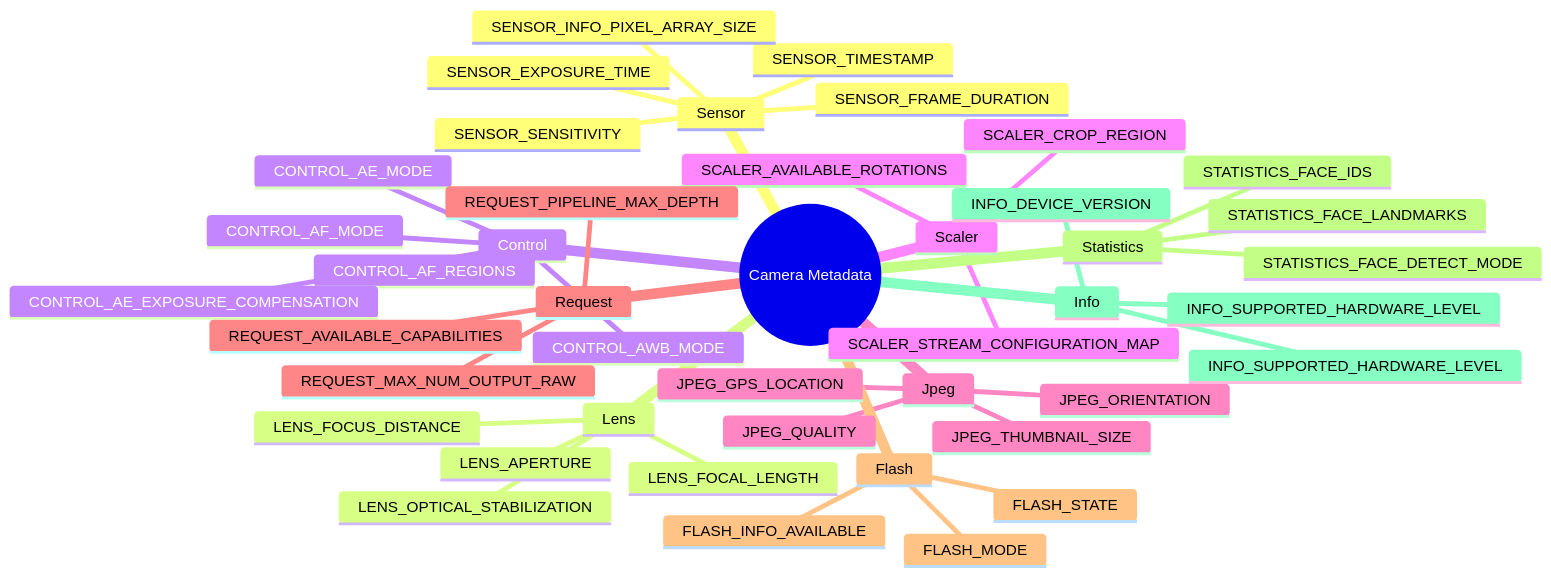
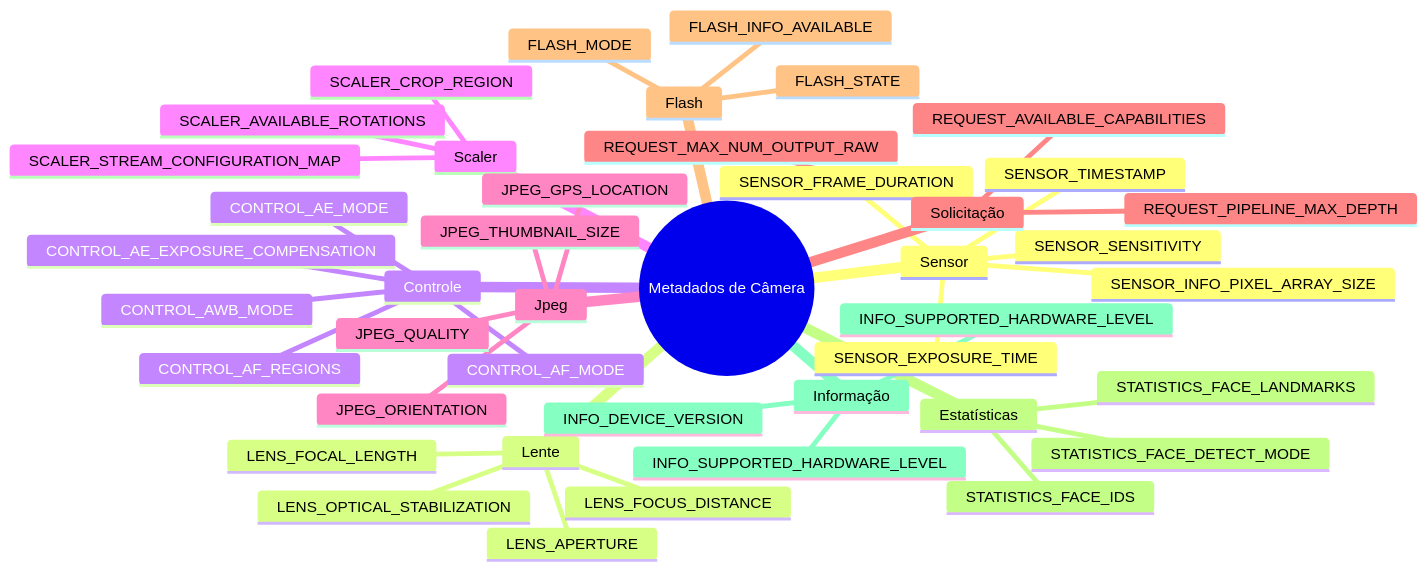
The third of 3 diagrams in website/i18n/pt-BR/docusaurus-plugin-content-docs/current/camera2/cameracharacteristics-deep-dive.md (zoozooll/AndroidCameraParameters), drawn with Mermaid before and after one commit. The commit also changed other lines of this file and 378 other files, not shown here.

````diff
--- a/website/i18n/pt-BR/docusaurus-plugin-content-docs/current/camera2/cameracharacteristics-deep-dive.md
+++ b/website/i18n/pt-BR/docusaurus-plugin-content-docs/current/camera2/cameracharacteristics-deep-dive.md
@@ -294,46 +294,46 @@
 ```mermaid
 mindmap
-  root((Camera Metadata))
+  root((Metadados de Câmera))
     Sensor
       SENSOR_EXPOSURE_TIME
       SENSOR_SENSITIVITY
       SENSOR_FRAME_DURATION
       SENSOR_TIMESTAMP
       SENSOR_INFO_PIXEL_ARRAY_SIZE
-    Lens
+    Lente
       LENS_FOCUS_DISTANCE
       LENS_APERTURE
       LENS_FOCAL_LENGTH
       LENS_OPTICAL_STABILIZATION
-    Control
+    Controle
       CONTROL_AF_MODE
       CONTROL_AE_MODE
       CONTROL_AWB_MODE
       CONTROL_AF_REGIONS
       CONTROL_AE_EXPOSURE_COMPENSATION
     Scaler
       SCALER_CROP_REGION
       SCALER_STREAM_CONFIGURATION_MAP
       SCALER_AVAILABLE_ROTATIONS
     Jpeg
       JPEG_QUALITY
       JPEG_ORIENTATION
       JPEG_GPS_LOCATION
       JPEG_THUMBNAIL_SIZE
-    Request
+    Solicitação
       REQUEST_AVAILABLE_CAPABILITIES
       REQUEST_PIPELINE_MAX_DEPTH
       REQUEST_MAX_NUM_OUTPUT_RAW
     Flash
       FLASH_INFO_AVAILABLE
       FLASH_MODE
       FLASH_STATE
-    Statistics
+    Estatísticas
       STATISTICS_FACE_DETECT_MODE
       STATISTICS_FACE_IDS
       STATISTICS_FACE_LANDMARKS
-    Info
+    Informação
       INFO_SUPPORTED_HARDWARE_LEVEL
       INFO_DEVICE_VERSION
       INFO_SUPPORTED_HARDWARE_LEVEL
 ```
````
